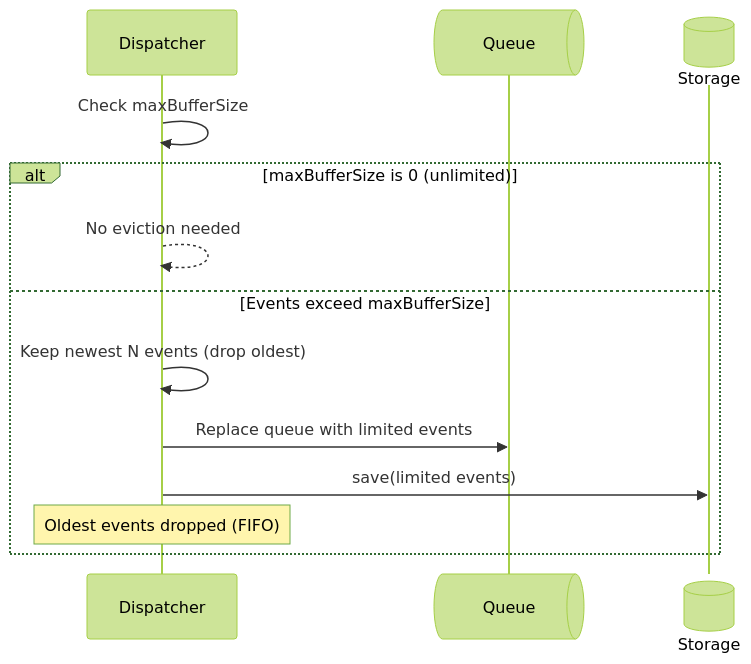
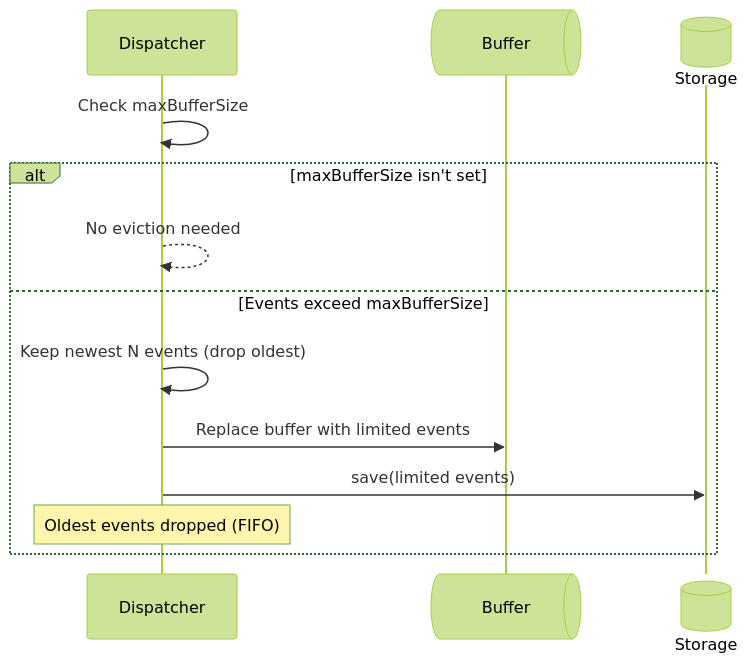
One commit to Tap30/ripple changed the seventh of 9 diagrams in DESIGN_AND_CONTRACTS.md. Above: the diagram before and after it, drawn with Mermaid (forest theme). The commit also changed other lines of this file, not shown here.

Commit message:
Refactor queue to buffer in design document

````diff
--- a/DESIGN_AND_CONTRACTS.md
+++ b/DESIGN_AND_CONTRACTS.md
@@ -399,16 +397,16 @@
 ```mermaid
 sequenceDiagram
     participant Dispatcher
-    participant Queue@{ "type" : "queue" }
+    participant Buffer@{ "type" : "queue" }
     participant Storage@{ "type" : "database" }
 
     Dispatcher->>Dispatcher: Check maxBufferSize
-    alt maxBufferSize is 0 (unlimited)
+    alt maxBufferSize isn't set
         Dispatcher-->>Dispatcher: No eviction needed
     else Events exceed maxBufferSize
         Dispatcher->>Dispatcher: Keep newest N events (drop oldest)
-        Dispatcher->>Queue: Replace queue with limited events
+        Dispatcher->>Buffer: Replace buffer with limited events
         Dispatcher->>Storage: save(limited events)
         Note over Dispatcher: Oldest events dropped (FIFO)
     end
 ```
````
